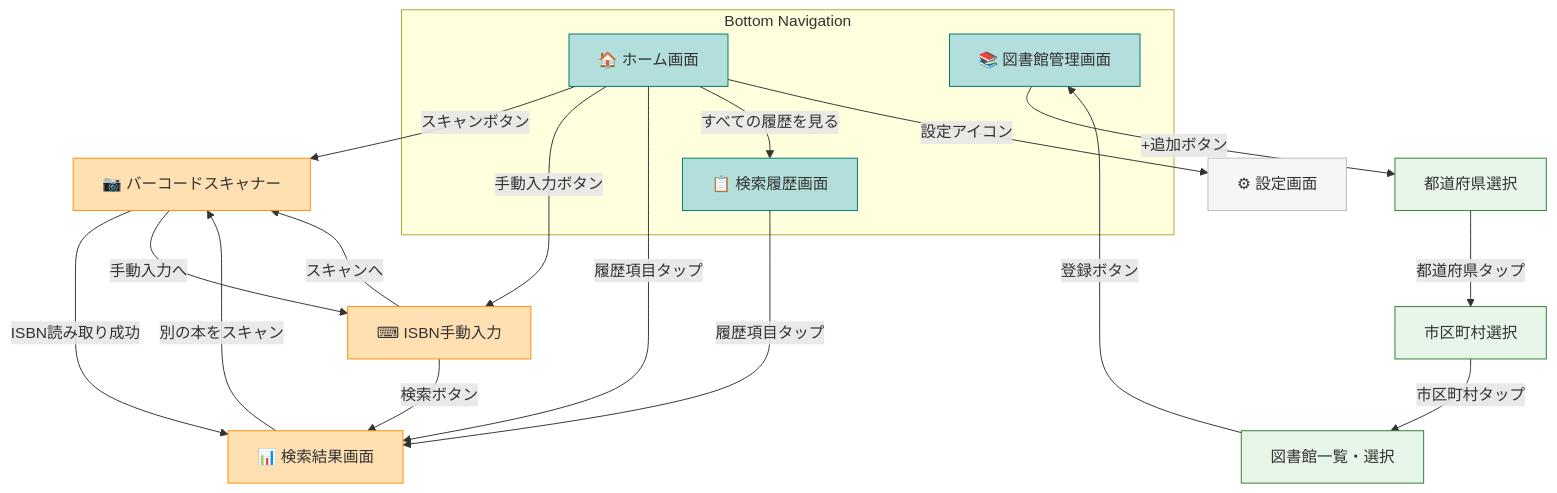
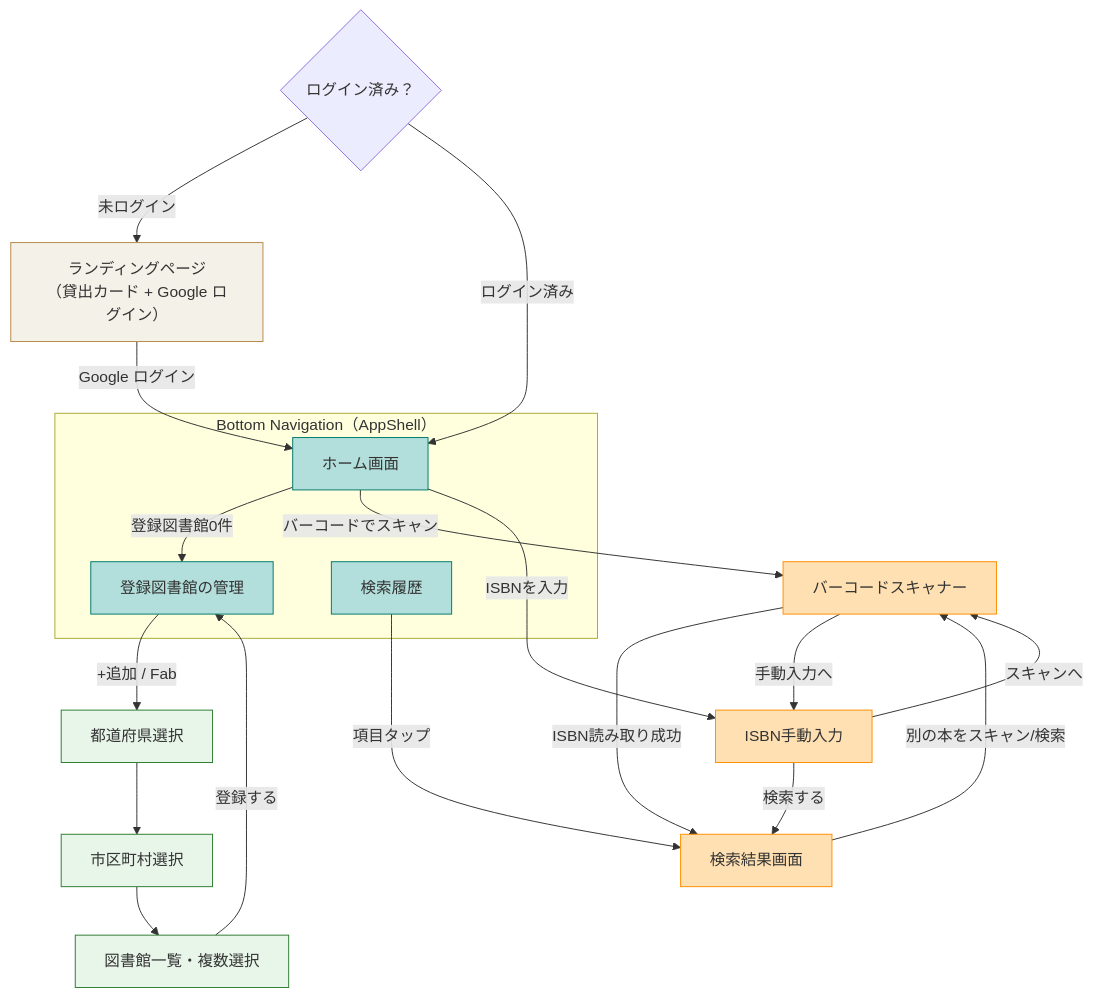
Before and after one commit to satoryu/LibCheck: the diagram in docs/design-guidelines.md, drawn with Mermaid. The commit also changed other lines of this file and 1 other file, not shown here.

````diff
--- a/docs/design-guidelines.md
+++ b/docs/design-guidelines.md
@@ -545,40 +232,43 @@
 ```mermaid
 flowchart TD
-    subgraph BottomNav["Bottom Navigation"]
-        Home["🏠 ホーム画面"]
-        Library["📚 図書館管理画面"]
-        History["📋 検索履歴画面"]
+    Auth{"ログイン済み？"}
+    Landing["ランディングページ<br/>（貸出カード + Google ログイン）"]
+
+    subgraph BottomNav["Bottom Navigation（AppShell）"]
+        Home["ホーム画面"]
+        Library["登録図書館の管理"]
+        History["検索履歴"]
     end
 
-    Home -->|"スキャンボタン"| Scanner["📷 バーコードスキャナー"]
-    Home -->|"手動入力ボタン"| ManualInput["⌨ ISBN手動入力"]
-    Home -->|"履歴項目タップ"| Result["📊 検索結果画面"]
-    Home -->|"すべての履歴を見る"| History
+    Auth -->|"未ログイン"| Landing
+    Landing -->|"Google ログイン"| Home
+    Auth -->|"ログイン済み"| Home
+    Home -->|"登録図書館0件"| Library
 
-    Scanner -->|"ISBN読み取り成功"| Result
+    Home -->|"バーコードでスキャン"| Scanner["バーコードスキャナー"]
+    Home -->|"ISBNを入力"| ManualInput["ISBN手動入力"]
+
+    Scanner -->|"ISBN読み取り成功"| Result["検索結果画面"]
     Scanner -->|"手動入力へ"| ManualInput
-    ManualInput -->|"検索ボタン"| Result
+    ManualInput -->|"検索する"| Result
     ManualInput -->|"スキャンへ"| Scanner
+    Result -->|"別の本をスキャン/検索"| Scanner
 
-    Result -->|"別の本をスキャン"| Scanner
+    Library -->|"+追加 / Fab"| Prefecture["都道府県選択"]
+    Prefecture --> City["市区町村選択"]
+    City --> LibraryList["図書館一覧・複数選択"]
+    LibraryList -->|"登録する"| Library
 
-    Library -->|"+追加ボタン"| Prefecture["都道府県選択"]
-    Prefecture -->|"都道府県タップ"| City["市区町村選択"]
-    City -->|"市区町村タップ"| LibraryList["図書館一覧・選択"]
-    LibraryList -->|"登録ボタン"| Library
+    History -->|"項目タップ"| Result
 
-    History -->|"履歴項目タップ"| Result
-
-    Home -->|"設定アイコン"| Settings["⚙ 設定画面"]
-
+    style Landing fill:#F4F1E8,stroke:#B8894B
     style Home fill:#B2DFDB,stroke:#00796B
     style Library fill:#B2DFDB,stroke:#00796B
     style History fill:#B2DFDB,stroke:#00796B
     style Scanner fill:#FFE0B2,stroke:#FF8F00
     style ManualInput fill:#FFE0B2,stroke:#FF8F00
     style Result fill:#FFE0B2,stroke:#FF8F00
     style Prefecture fill:#E8F5E9,stroke:#2E7D32
     style City fill:#E8F5E9,stroke:#2E7D32
     style LibraryList fill:#E8F5E9,stroke:#2E7D32
-    style Settings fill:#F5F5F5,stroke:#BDBDBD
 ```
````
